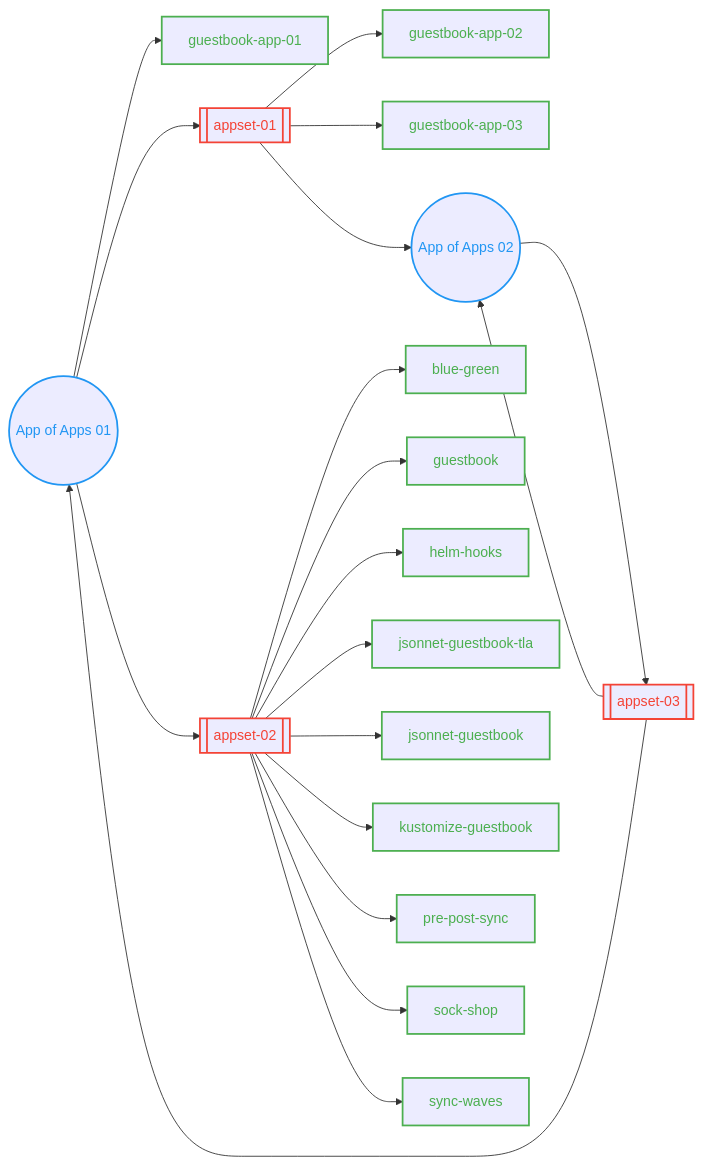
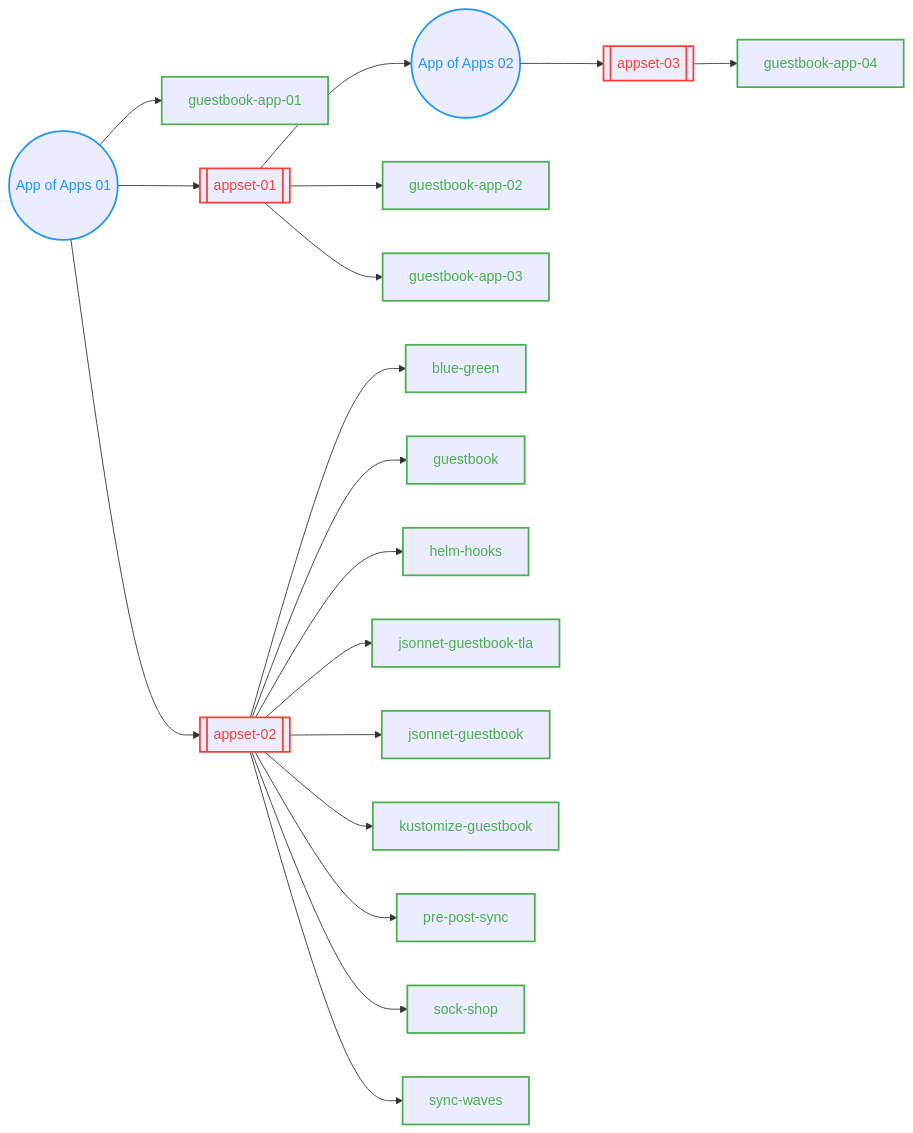
One commit to chezmoidotsh/argocd-extension-application-map changed the diagram in examples/applications-maze/README.md. Above: the diagram before and after it, drawn with Mermaid. The commit also changed other lines of this file and 1 other file, not shown here.

Commit message:
:safety_vest:: Avoid Application dependency loop on the maze example
Application dependency loop are not recommended on ArgoCD as it can
create unwanted behaviors.
I will add a detection inside this plugin but, for now, I prefer to not
use this special case in my example.

````diff
--- a/examples/applications-maze/README.md
+++ b/examples/applications-maze/README.md
@@ -23,42 +24,41 @@
 ```mermaid
 graph LR
     %% Main Applications
     appofapps01((App of Apps 01))
     appofapps02((App of Apps 02))
 
     %% App of Apps 01 Direct Deployments
     appofapps01 --> guestbook01[guestbook-app-01]
     appofapps01 --> appset01[[appset-01]]
     appofapps01 --> appset02[[appset-02]]
 
     %% AppSet01 Deployments
     appset01 --> guestbook02[guestbook-app-02]
     appset01 --> guestbook03[guestbook-app-03]
     appset01 --> appofapps02
 
     %% AppSet02 Deployments
     appset02 --> bluegreen[blue-green]
     appset02 --> guestbook[guestbook]
     appset02 --> helmhooks[helm-hooks]
     appset02 --> jsonnettla[jsonnet-guestbook-tla]
     appset02 --> jsonnet[jsonnet-guestbook]
     appset02 --> kustomize[kustomize-guestbook]
     appset02 --> prepostsync[pre-post-sync]
     appset02 --> sockshop[sock-shop]
     appset02 --> syncwaves[sync-waves]
 
     %% App of Apps 02 Deployments
     appofapps02 --> appset03[[appset-03]]
-    appset03 --> appofapps01
-    appset03 --> appofapps02
+    appset03 --> guestbook04[guestbook-app-04]
 
     %% Style Definitions
     classDef app stroke:#4CAF50,stroke-width:2px,color:#4CAF50
     classDef appset stroke:#F44336,stroke-width:2px,color:#F44336
     classDef appofapps stroke:#2196F3,stroke-width:2px,color:#2196F3
 
     %% Apply Styles
-    class guestbook01,guestbook02,guestbook03,guestbook07,bluegreen,guestbook,helmhooks,jsonnettla,jsonnet,kustomize,prepostsync,sockshop,syncwaves app
-    class appset01,appset02,appset03,appset03 appset
+    class guestbook01,guestbook02,guestbook03,guestbook04,bluegreen,guestbook,helmhooks,jsonnettla,jsonnet,kustomize,prepostsync,sockshop,syncwaves app
+    class appset01,appset02,appset03 appset
     class appofapps01,appofapps02 appofapps
 ```
````
